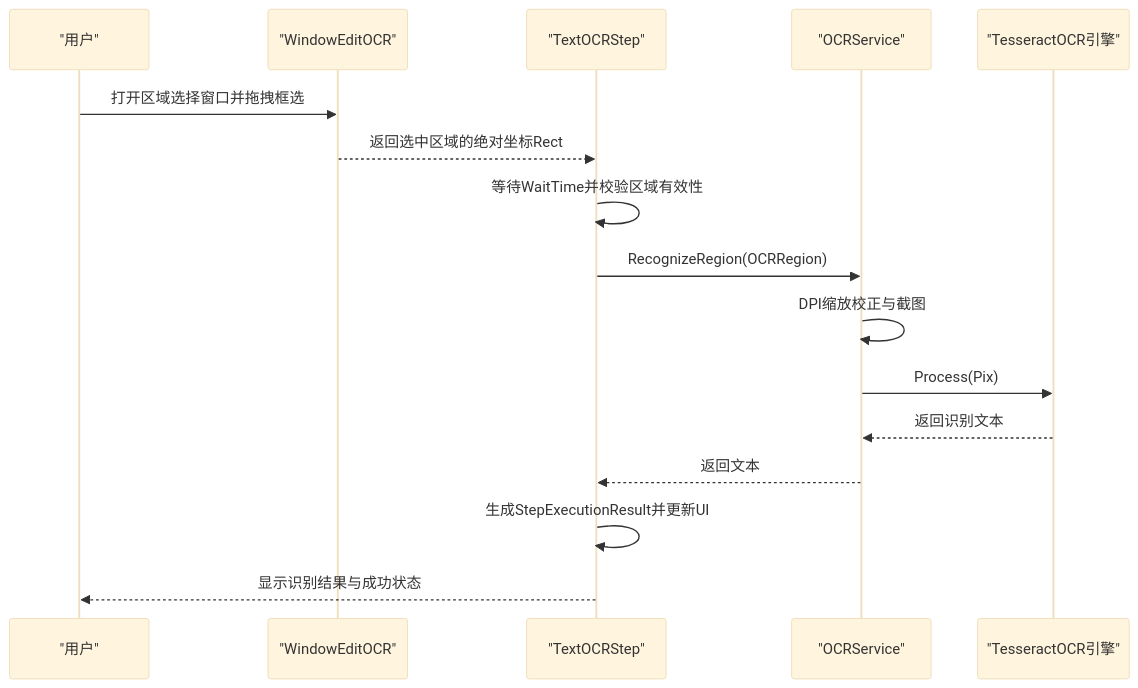
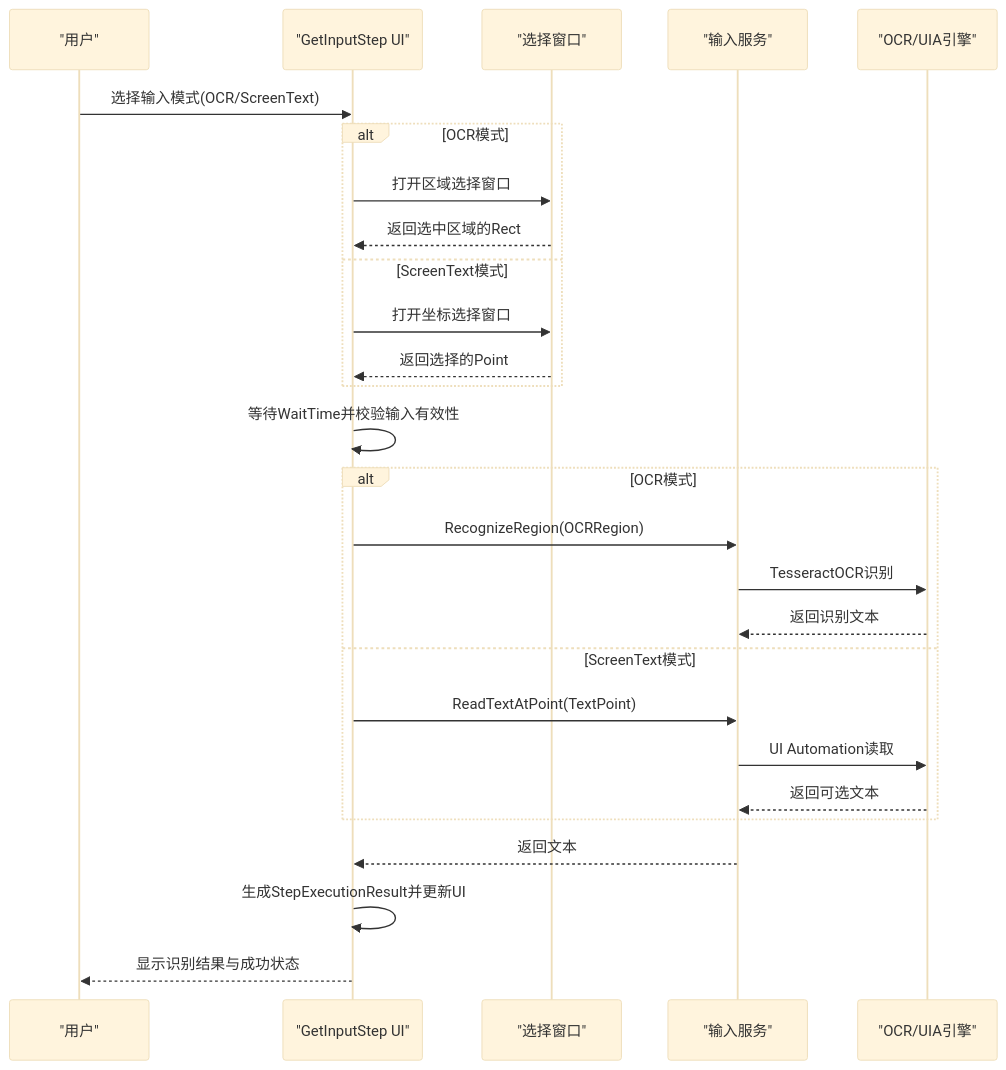
The second of 5 diagrams in .qoder/repowiki/zh/content/自动化步骤系统/OCR文字识别步骤.md (yooxii/ShaoLuAuto), drawn with Mermaid (base theme) before and after one commit. The commit also changed other lines of this file and 9 other files, not shown here.

````diff
--- a/.qoder/repowiki/zh/content/自动化步骤系统/OCR文字识别步骤.md
+++ b/.qoder/repowiki/zh/content/自动化步骤系统/OCR文字识别步骤.md
@@ -98,18 +110,29 @@
 ```mermaid
 sequenceDiagram
 participant User as "用户"
-participant View as "WindowEditOCR"
-participant VM as "TextOCRStep"
-participant Service as "OCRService"
-participant Engine as "TesseractOCR引擎"
-User->>View : 打开区域选择窗口并拖拽框选
-View-->>VM : 返回选中区域的绝对坐标Rect
-VM->>VM : 等待WaitTime并校验区域有效性
-VM->>Service : RecognizeRegion(OCRRegion)
-Service->>Service : DPI缩放校正与截图
-Service->>Engine : Process(Pix)
+participant View as "GetInputStep UI"
+participant SelectWin as "选择窗口"
+participant Service as "输入服务"
+participant Engine as "OCR/UIA引擎"
+User->>View : 选择输入模式(OCR/ScreenText)
+alt OCR模式
+View->>SelectWin : 打开区域选择窗口
+SelectWin-->>View : 返回选中区域的Rect
+else ScreenText模式
+View->>SelectWin : 打开坐标选择窗口
+SelectWin-->>View : 返回选择的Point
+end
+View->>View : 等待WaitTime并校验输入有效性
+alt OCR模式
+View->>Service : RecognizeRegion(OCRRegion)
+Service->>Engine : TesseractOCR识别
 Engine-->>Service : 返回识别文本
-Service-->>VM : 返回文本
-VM->>VM : 生成StepExecutionResult并更新UI
-VM-->>User : 显示识别结果与成功状态
+else ScreenText模式
+View->>Service : ReadTextAtPoint(TextPoint)
+Service->>Engine : UI Automation读取
+Engine-->>Service : 返回可选文本
+end
+Service-->>View : 返回文本
+View->>View : 生成StepExecutionResult并更新UI
+View-->>User : 显示识别结果与成功状态
 ```
````
